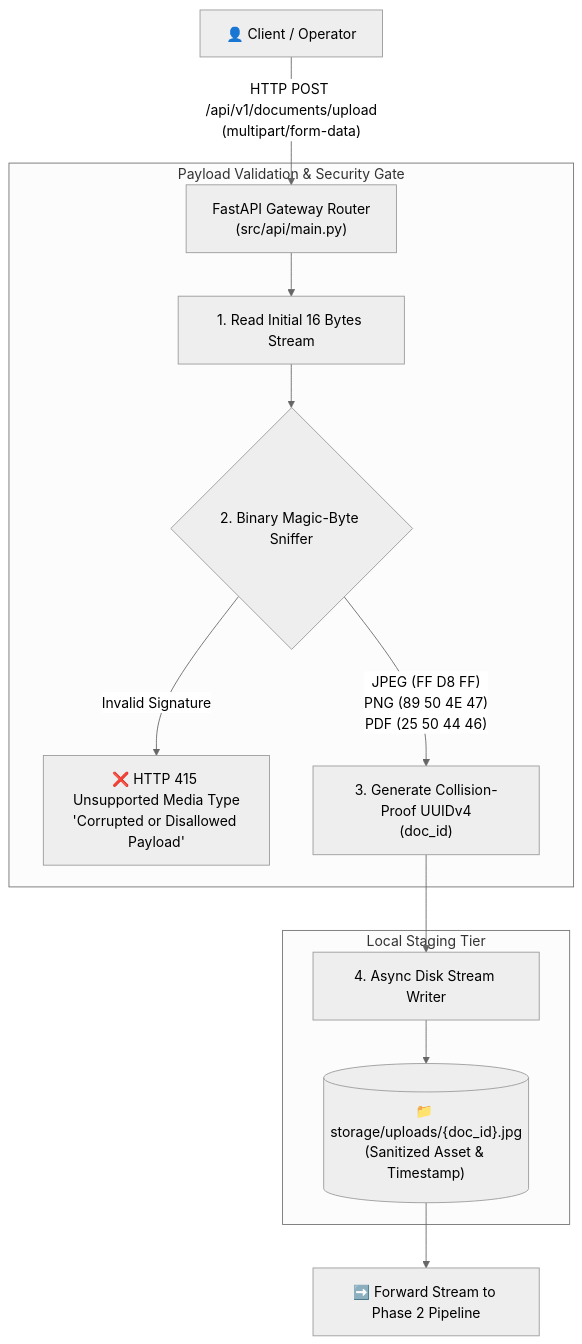
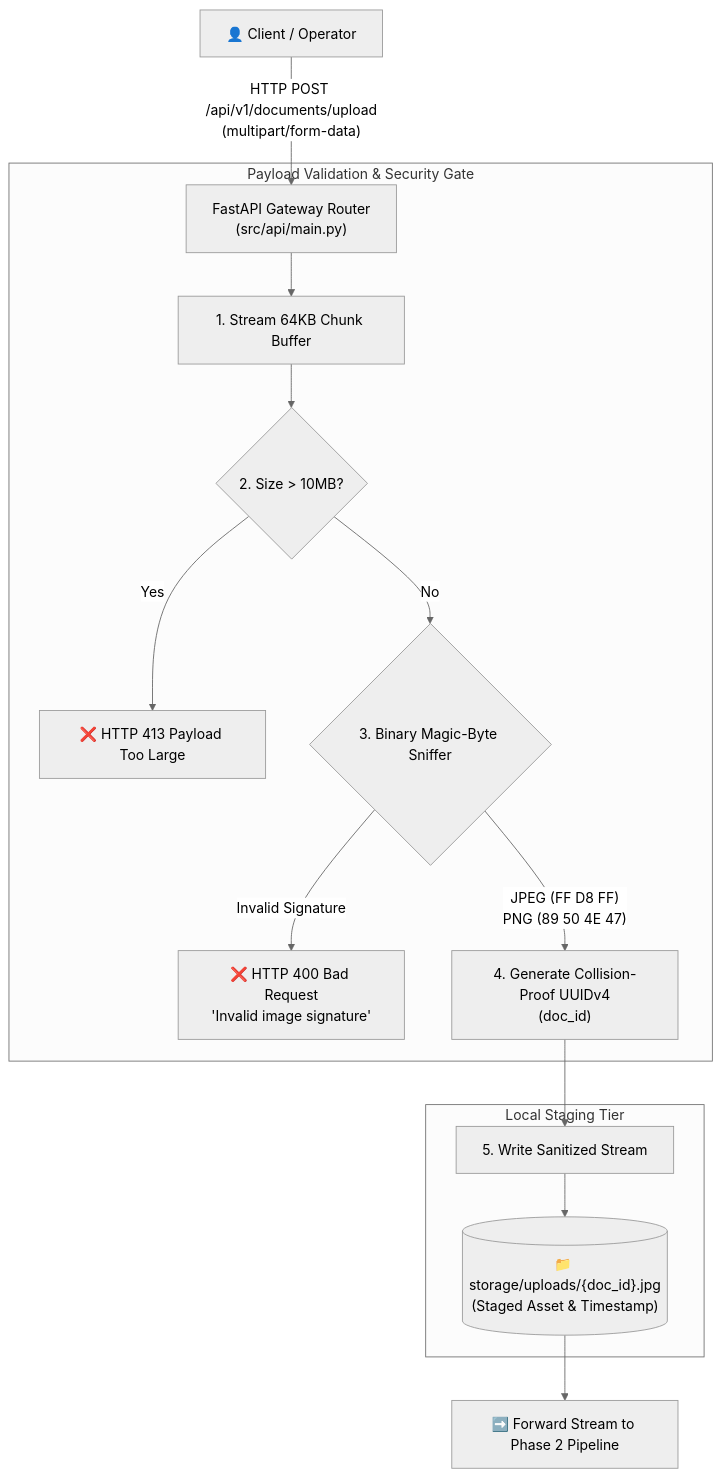
Before and after one commit to HarshkumarG007/DocuParseAi: the second of 6 diagrams in README.md, drawn with Mermaid (neutral theme). The commit also changed other lines of this file and 3 other files, not shown here.

````diff
--- a/README.md
+++ b/README.md
@@ -200,19 +145,21 @@
 ```mermaid
 flowchart TD
     Client["👤 Client / Operator"] -->|"HTTP POST /api/v1/documents/upload<br>(multipart/form-data)"| Gateway["FastAPI Gateway Router<br>(src/api/main.py)"]
 
     subgraph Sanitation ["Payload Validation & Security Gate"]
-        Gateway --> ReadHeader["1. Read Initial 16 Bytes Stream"]
-        ReadHeader --> Sniffer{"2. Binary Magic-Byte Sniffer"}
+        Gateway --> ReadHeader["1. Stream 64KB Chunk Buffer"]
+        ReadHeader --> SizeCheck{"2. Size > 10MB?"}
+        SizeCheck -->|"Yes"| RejectSize["❌ HTTP 413 Payload Too Large"]
+        SizeCheck -->|"No"| Sniffer{"3. Binary Magic-Byte Sniffer"}
         
-        Sniffer -->|"Invalid Signature"| Reject["❌ HTTP 415 Unsupported Media Type<br>'Corrupted or Disallowed Payload'"]
-        Sniffer -->|"JPEG (FF D8 FF)<br>PNG (89 50 4E 47)<br>PDF (25 50 44 46)"| UUIDGen["3. Generate Collision-Proof UUIDv4<br>(doc_id)"]
+        Sniffer -->|"Invalid Signature"| Reject["❌ HTTP 400 Bad Request<br>'Invalid image signature'"]
+        Sniffer -->|"JPEG (FF D8 FF)<br>PNG (89 50 4E 47)"| UUIDGen["4. Generate Collision-Proof UUIDv4<br>(doc_id)"]
     end
 
     subgraph DiskPersistence ["Local Staging Tier"]
-        UUIDGen --> StreamWrite["4. Async Disk Stream Writer"]
-        StreamWrite --> LocalFile[("📁 storage/uploads/{doc_id}.jpg<br>(Sanitized Asset & Timestamp)")]
+        UUIDGen --> StreamWrite["5. Write Sanitized Stream"]
+        StreamWrite --> LocalFile[("📁 storage/uploads/{doc_id}.jpg<br>(Staged Asset & Timestamp)")]
     end
 
     LocalFile --> NextStage["➡️ Forward Stream to Phase 2 Pipeline"]
 ```
````
